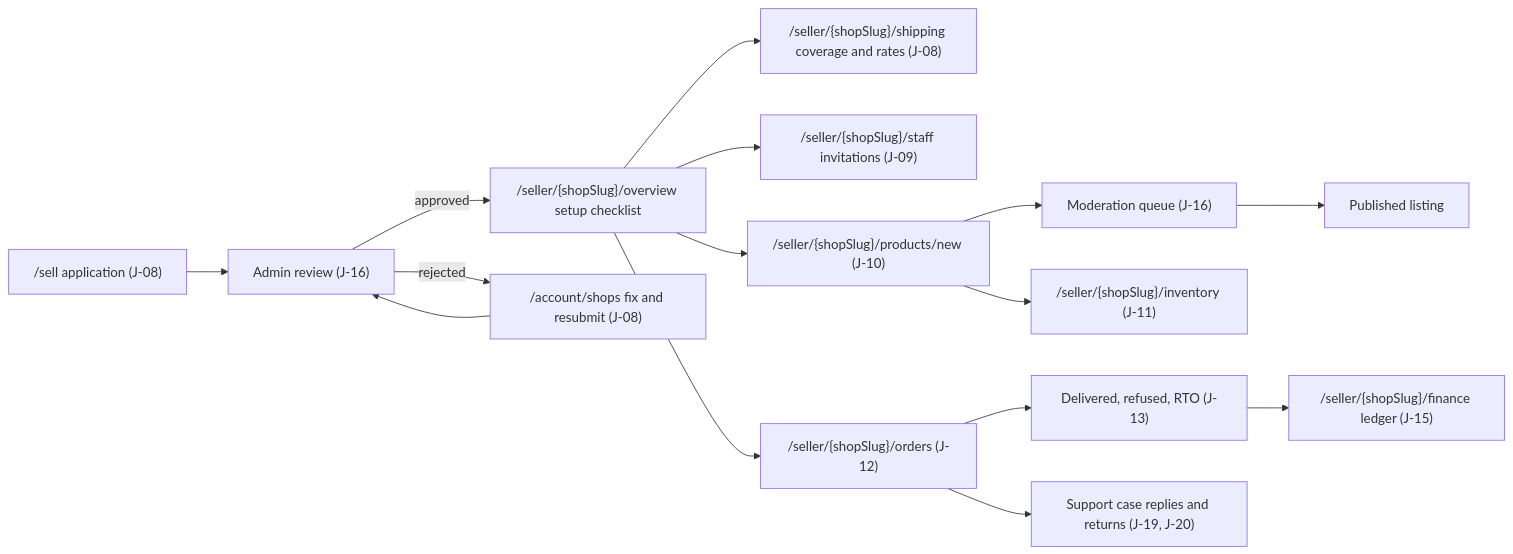
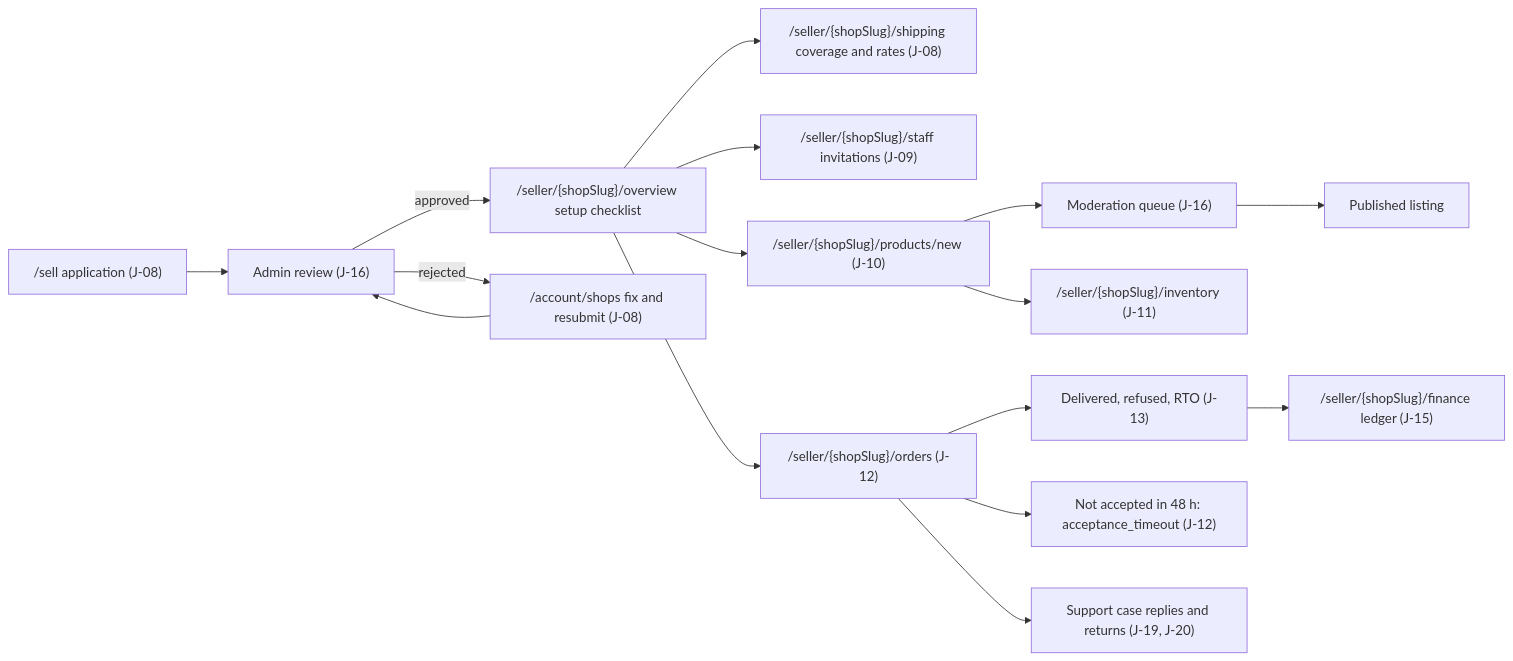
One commit to harublank0-0/drip-nepal changed the second of 6 diagrams in docs/02-user-journeys-and-acceptance-criteria.md. Above: the diagram before and after it, drawn with Mermaid. The commit also changed other lines of this file, not shown here.

Commit message:
docs(02): critic pass on user journeys and acceptance criteria

````diff
--- a/docs/02-user-journeys-and-acceptance-criteria.md
+++ b/docs/02-user-journeys-and-acceptance-criteria.md
@@ -173,17 +181,18 @@
 ```mermaid
 flowchart LR
   APP["/sell application (J-08)"] --> REV["Admin review (J-16)"]
   REV -->|"approved"| OV["/seller/{shopSlug}/overview setup checklist"]
   REV -->|"rejected"| FIX["/account/shops fix and resubmit (J-08)"]
   FIX --> REV
   OV --> SHIP["/seller/{shopSlug}/shipping coverage and rates (J-08)"]
   OV --> STAFF["/seller/{shopSlug}/staff invitations (J-09)"]
   OV --> PR["/seller/{shopSlug}/products/new (J-10)"]
   PR --> MOD["Moderation queue (J-16)"]
   MOD --> PUB["Published listing"]
   PR --> INV["/seller/{shopSlug}/inventory (J-11)"]
   OV --> ORD["/seller/{shopSlug}/orders (J-12)"]
   ORD --> OUT["Delivered, refused, RTO (J-13)"]
+  ORD --> TO["Not accepted in 48 h: acceptance_timeout (J-12)"]
   OUT --> FIN["/seller/{shopSlug}/finance ledger (J-15)"]
   ORD --> CASE["Support case replies and returns (J-19, J-20)"]
 ```
````
